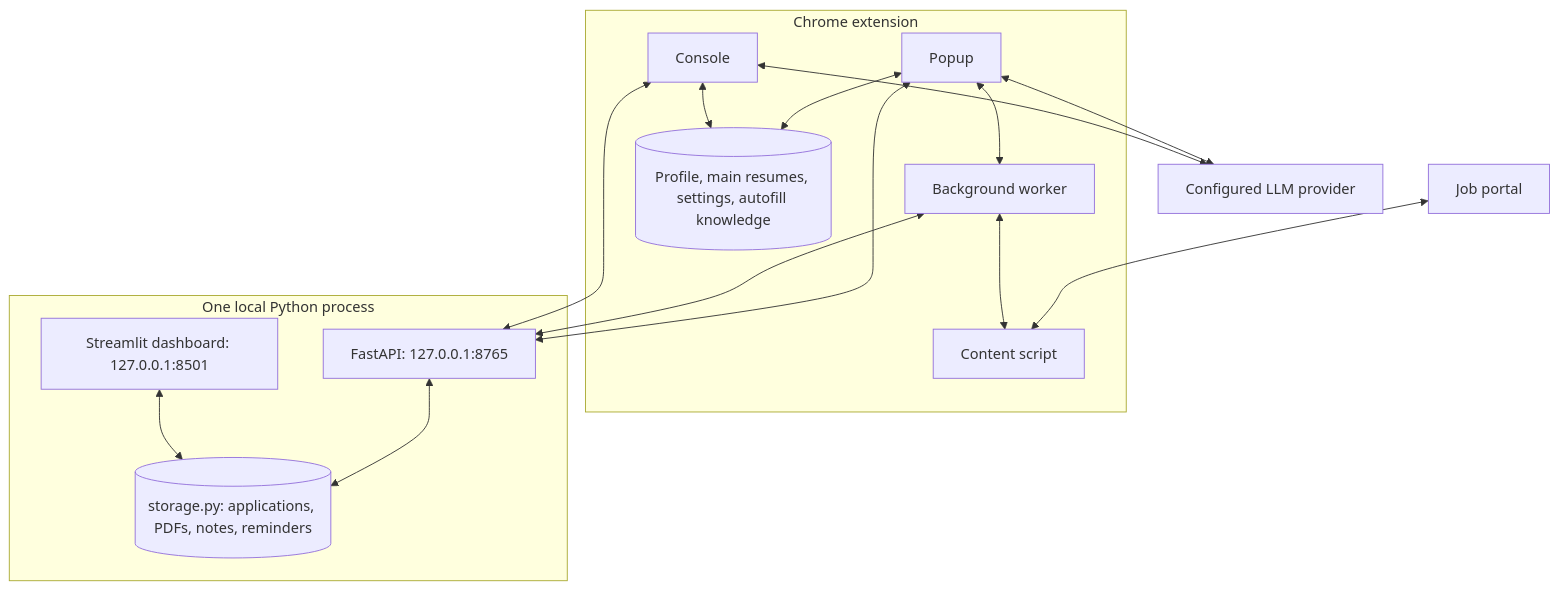
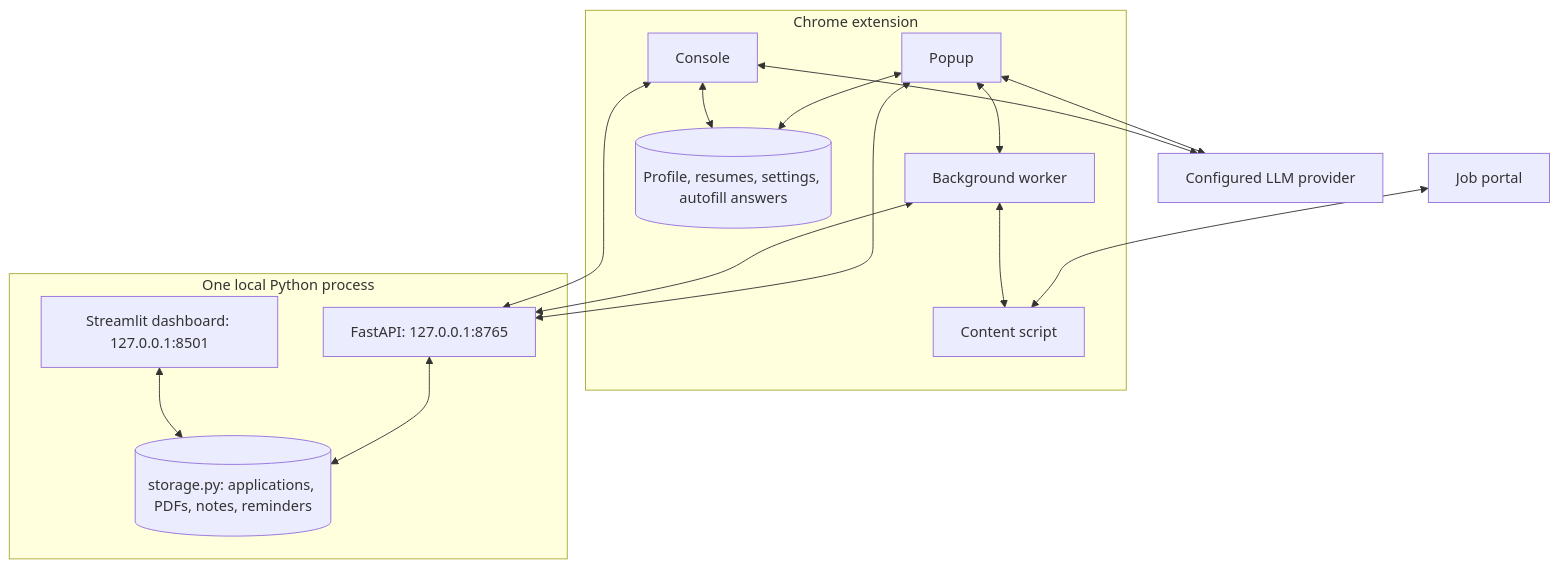
Before and after one commit to YuexinJ778/AutoApply: the diagram in README.md, drawn with Mermaid. The commit also changed other lines of this file and 1 other file, not shown here.

````diff
--- a/README.md
+++ b/README.md
@@ -33,19 +33,19 @@
 ```mermaid
 flowchart TB
   Portal[Job portal] <--> Content
   subgraph Extension[Chrome extension]
     Popup[Popup] <--> Background[Background worker]
     Background <--> Content[Content script]
-    Popup <--> Local[(Profile, main resumes, settings, autofill knowledge)]
+    Popup <--> Local[(Profile, resumes, settings, autofill answers)]
     Console[Console] <--> Local
   end
   subgraph Server[One local Python process]
     API[FastAPI: 127.0.0.1:8765] <--> Storage[(storage.py: applications, PDFs, notes, reminders)]
     Dashboard[Streamlit dashboard: 127.0.0.1:8501] <--> Storage
   end
   Popup <--> API
   Background <--> API
   Console <--> API
   Popup <--> Provider[Configured LLM provider]
   Console <--> Provider
 ```
````
